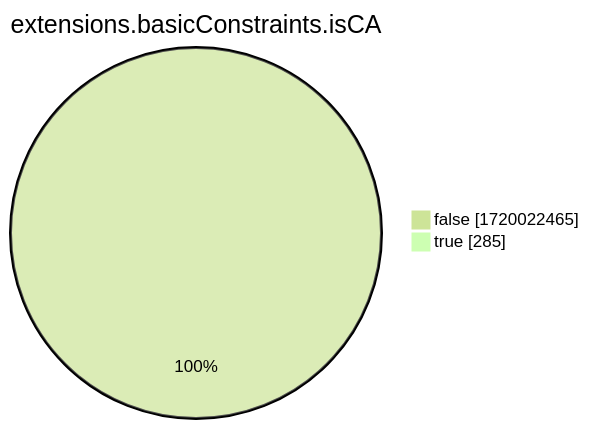
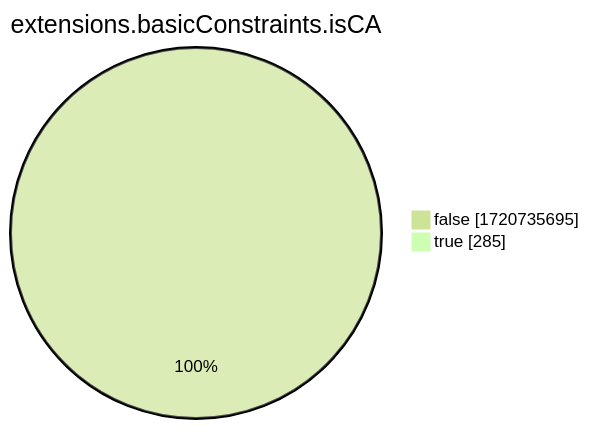
Before and after one commit to christiankrug/ctmonitor_visualization: the eighth of 15 diagrams in xenon2022/README.md, drawn with Mermaid (forest theme). The commit also changed other lines of this file, not shown here.

````diff
--- a/xenon2022/README.md
+++ b/xenon2022/README.md
@@ -2866,6 +2866,6 @@
 ```mermaid
 pie showData
 title extensions.basicConstraints.isCA
-"false" :1720022465
+"false" :1720735695
 "true" :285
 ```
````
